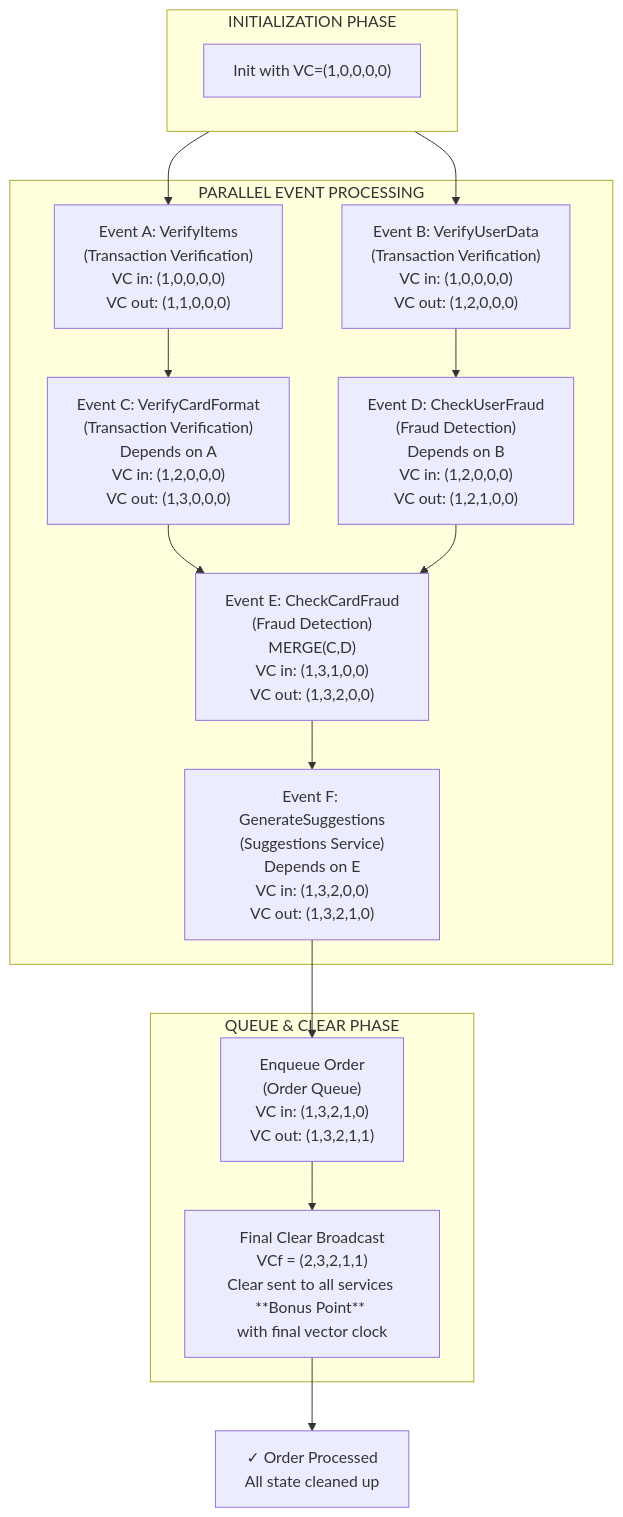
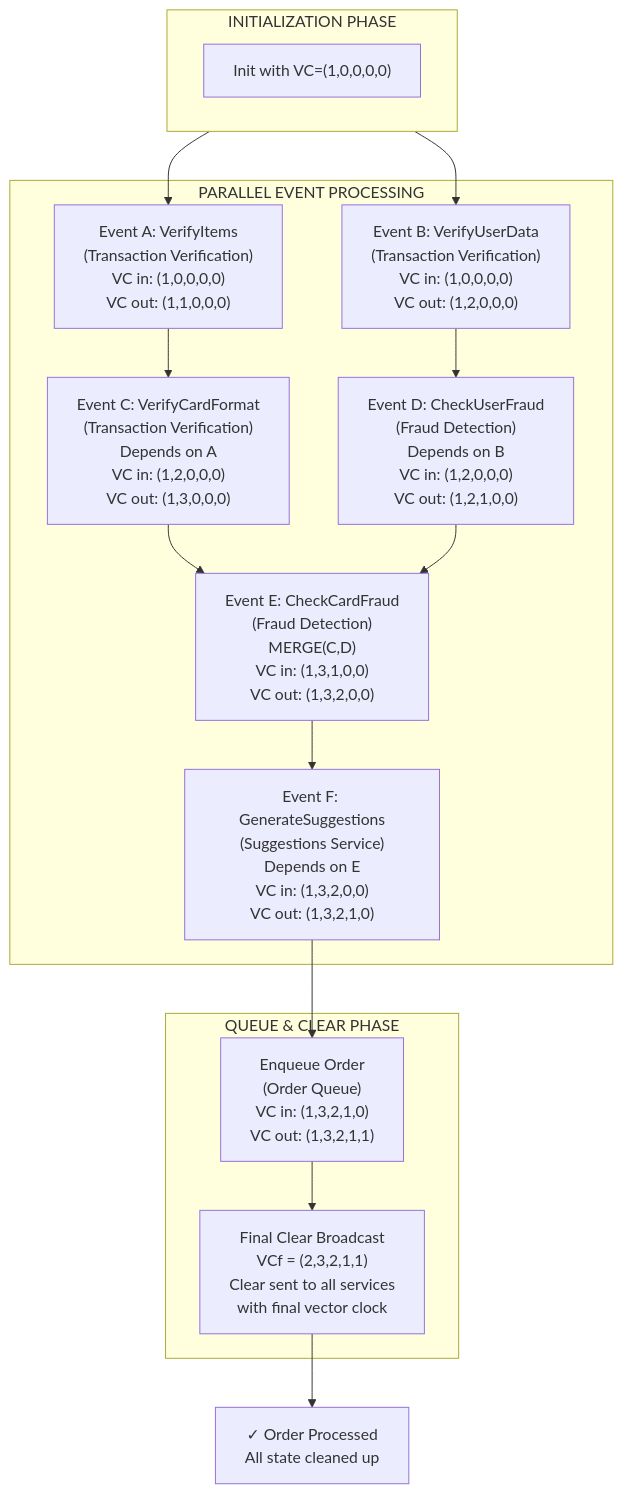
The fourth of 5 diagrams in README.md (mharisirfan/ds-practice-2025), drawn with Mermaid before and after one commit. The commit also changed other lines of this file, not shown here.

Commit message:
Update README for clarity on final clear broadcast

````diff
--- a/README.md
+++ b/README.md
@@ -133,44 +133,44 @@
 ```mermaid
 graph TB
     subgraph Init ["INITIALIZATION PHASE"]
         init["Init with VC=(1,0,0,0,0)"]
     end
     
     subgraph EventsPhase ["PARALLEL EVENT PROCESSING"]
         A["Event A: VerifyItems<br/>(Transaction Verification)<br/>VC in: (1,0,0,0,0)<br/>VC out: (1,1,0,0,0)"]
         B["Event B: VerifyUserData<br/>(Transaction Verification)<br/>VC in: (1,0,0,0,0)<br/>VC out: (1,2,0,0,0)"]
         
         C["Event C: VerifyCardFormat<br/>(Transaction Verification)<br/>Depends on A<br/>VC in: (1,2,0,0,0)<br/>VC out: (1,3,0,0,0)"]
         
         D["Event D: CheckUserFraud<br/>(Fraud Detection)<br/>Depends on B<br/>VC in: (1,2,0,0,0)<br/>VC out: (1,2,1,0,0)"]
         
         E["Event E: CheckCardFraud<br/>(Fraud Detection)<br/>MERGE(C,D)<br/>VC in: (1,3,1,0,0)<br/>VC out: (1,3,2,0,0)"]
         
         F["Event F: GenerateSuggestions<br/>(Suggestions Service)<br/>Depends on E<br/>VC in: (1,3,2,0,0)<br/>VC out: (1,3,2,1,0)"]
     end
     
     subgraph Queue ["QUEUE & CLEAR PHASE"]
         Enq["Enqueue Order<br/>(Order Queue)<br/>VC in: (1,3,2,1,0)<br/>VC out: (1,3,2,1,1)"]
         
-        Clear["Final Clear Broadcast<br/>VCf = (2,3,2,1,1)<br/>Clear sent to all services **Bonus Point** <br/>with final vector clock"]
+        Clear["Final Clear Broadcast<br/>VCf = (2,3,2,1,1)<br/>Clear sent to all services <br/>with final vector clock"]
     end
     
     Result["✓ Order Processed<br/>All state cleaned up"]
     
     Init --> A
     Init --> B
     
     A --> C
     B --> D
     
     C --> E
     D --> E
     
     E --> F
     
     F --> Enq
     
     Enq --> Clear
     Clear --> Result
 
 ```
````
